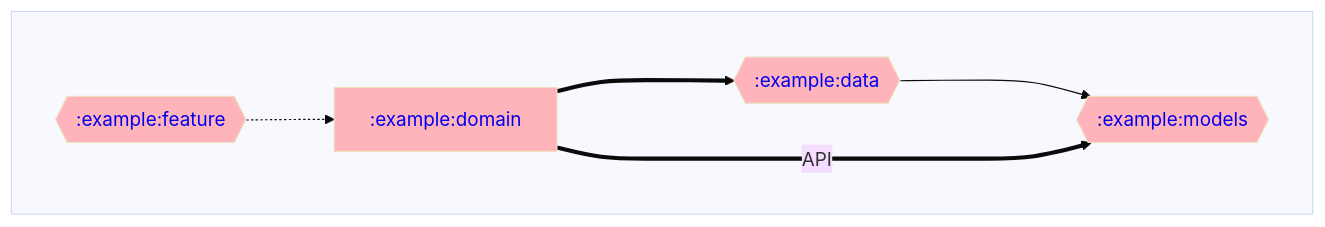
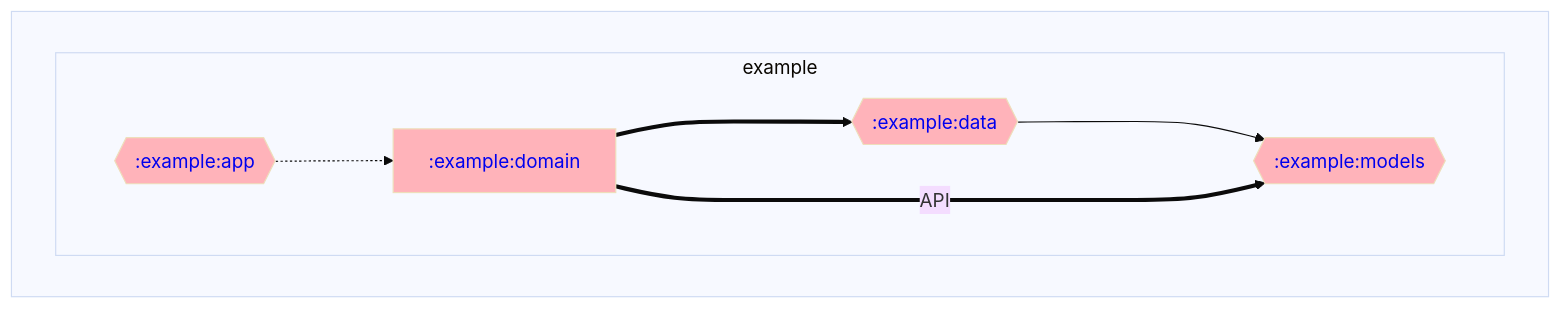
One commit to adityabhaskar/Gradle-dependency-graphs changed the diagram in example/domain/dependencyGraph.md. Above: the diagram before and after it, drawn with Mermaid. The commit also changed 15 other files, not shown here.

Commit message:
Updated dependency graphs

````diff
--- a/example/domain/dependencyGraph.md
+++ b/example/domain/dependencyGraph.md
@@ -1,27 +1,31 @@
 ```mermaid
 %%{ init: { 'theme': 'base' } }%%
 graph LR;
 
 %% Styling for module nodes by type
 classDef rootNode stroke-width:4px;
 classDef mppNode fill:#ffd2b3,color:#333333;
 classDef andNode fill:#baffc9,color:#333333;
 classDef javaNode fill:#ffb3ba,color:#333333;
 
 %% Modules
 subgraph  
   direction LR;
-  :example:data{{<a href='https://github.com/adityabhaskar/Gradle-dependency-graphs/blob/main/example/data/dependencyGraph.md' style='text-decoration:auto'>:example:data</a>}}:::javaNode;
-  :example:domain[<a href='https://github.com/adityabhaskar/Gradle-dependency-graphs/blob/main/example/domain/dependencyGraph.md' style='text-decoration:auto'>:example:domain</a>]:::javaNode;
-  :example:feature{{<a href='https://github.com/adityabhaskar/Gradle-dependency-graphs/blob/main/example/feature/dependencyGraph.md' style='text-decoration:auto'>:example:feature</a>}}:::javaNode;
-  :example:models{{<a href='https://github.com/adityabhaskar/Gradle-dependency-graphs/blob/main/example/models/dependencyGraph.md' style='text-decoration:auto'>:example:models</a>}}:::javaNode;
+
+  subgraph example
+    direction LR;
+    :example:app{{<a href='https://github.com/adityabhaskar/Gradle-dependency-graphs/blob/main/example/app/dependencyGraph.md' style='text-decoration:auto'>:example:app</a>}}:::javaNode;
+    :example:data{{<a href='https://github.com/adityabhaskar/Gradle-dependency-graphs/blob/main/example/data/dependencyGraph.md' style='text-decoration:auto'>:example:data</a>}}:::javaNode;
+    :example:domain[<a href='https://github.com/adityabhaskar/Gradle-dependency-graphs/blob/main/example/domain/dependencyGraph.md' style='text-decoration:auto'>:example:domain</a>]:::javaNode;
+    :example:models{{<a href='https://github.com/adityabhaskar/Gradle-dependency-graphs/blob/main/example/models/dependencyGraph.md' style='text-decoration:auto'>:example:models</a>}}:::javaNode;
+  end
 end
 
 %% Dependencies
 :example:data--->:example:models
 :example:domain==API===>:example:models
 :example:domain===>:example:data
 
 %% Dependents
-:example:feature-.->:example:domain
+:example:app-.->:example:domain
 ```
````
